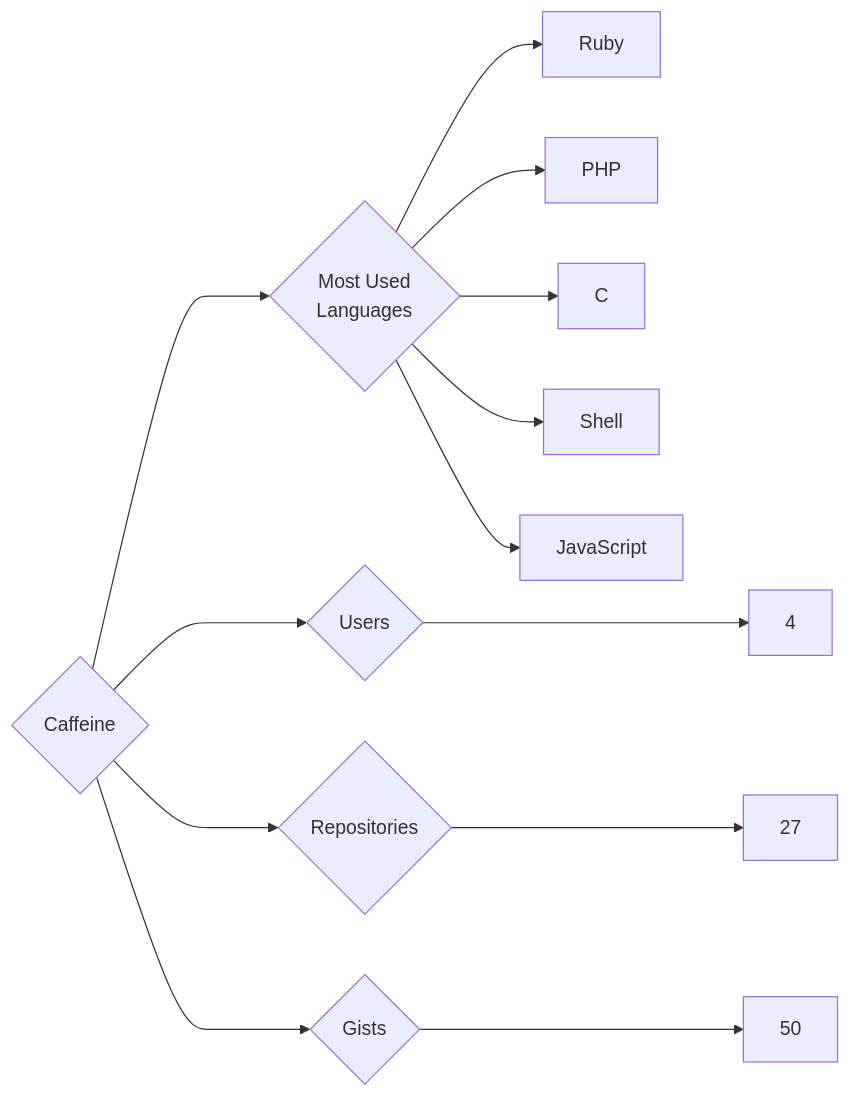
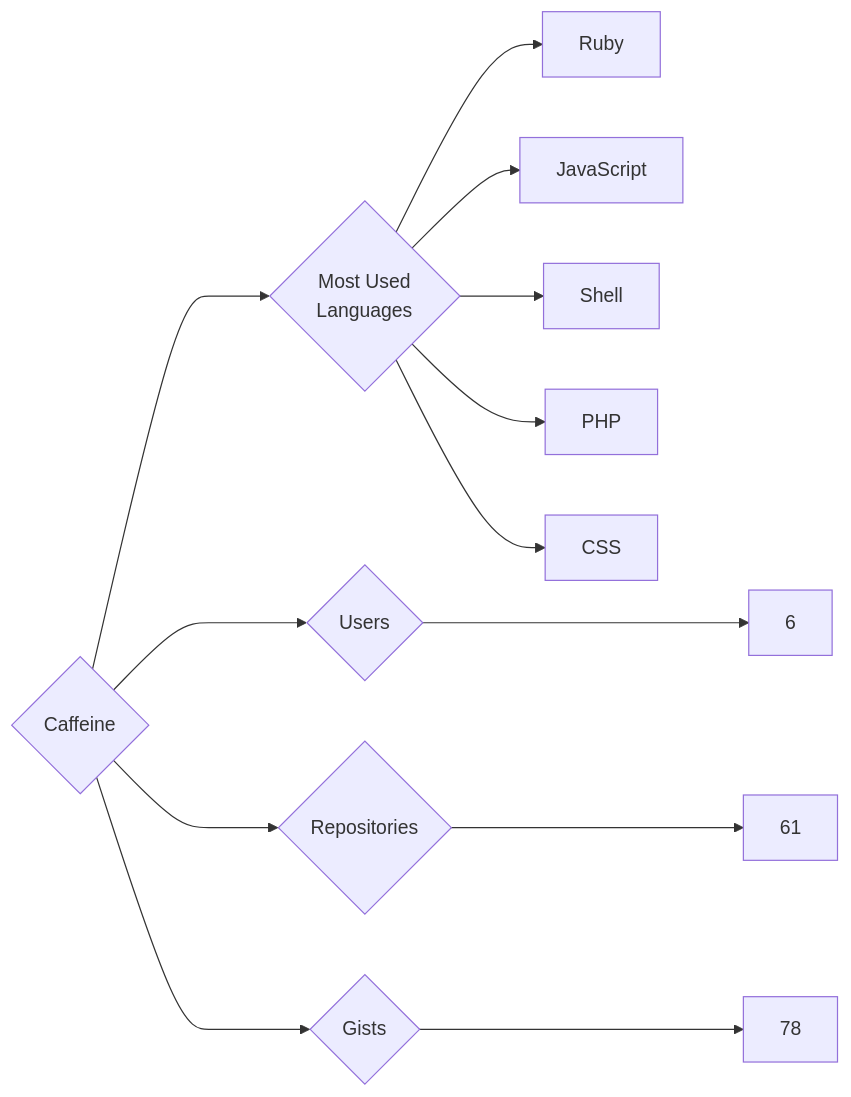
The diagram in targets/Caffeine/README.md (trickest/insiders), drawn with Mermaid before and after one commit. The commit also changed 1055 other files, not shown here.

````diff
--- a/targets/Caffeine/README.md
+++ b/targets/Caffeine/README.md
@@ -3,13 +3,13 @@
 ```mermaid
 graph LR
 COMPANY_NAME{Caffeine}
-COMPANY_NAME ---> U{Users} ---> UN[4]
-COMPANY_NAME ---> R{Repositories} ---> RN[27]
-COMPANY_NAME ---> G{Gists} ---> GN[50]
+COMPANY_NAME ---> U{Users} ---> UN[6]
+COMPANY_NAME ---> R{Repositories} ---> RN[61]
+COMPANY_NAME ---> G{Gists} ---> GN[78]
 COMPANY_NAME ---> ML{Most Used<br>Languages}
 ML --> Ruby[Ruby]
+ML --> JavaScript[JavaScript]
+ML --> Shell[Shell]
 ML --> PHP[PHP]
-ML --> C[C]
-ML --> Shell[Shell]
-ML --> JavaScript[JavaScript]
+ML --> CSS[CSS]
 ```
````
